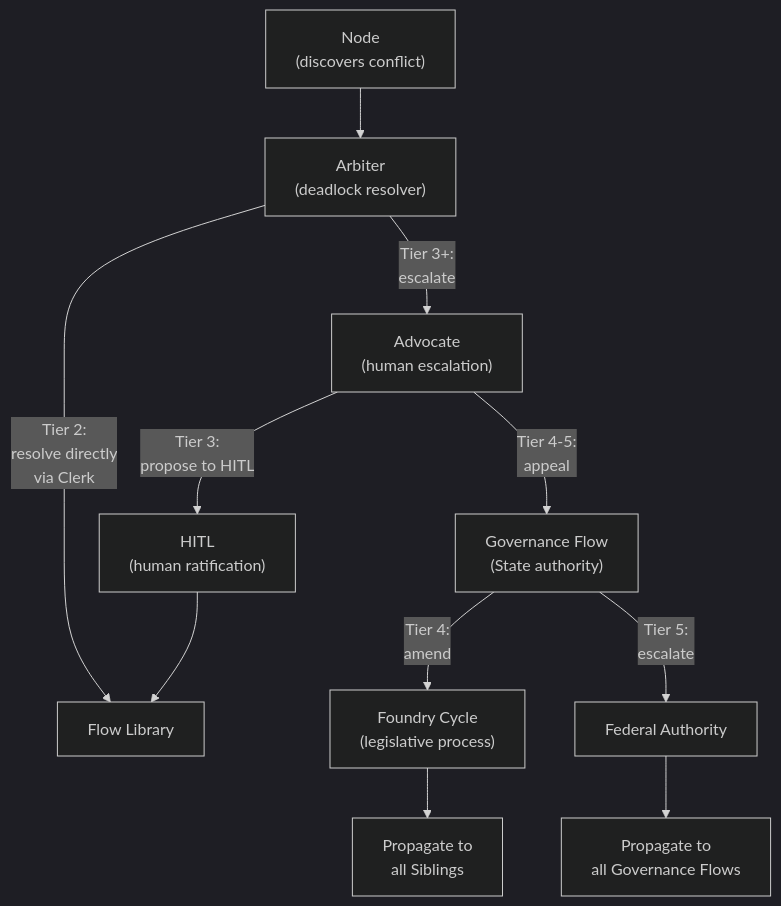
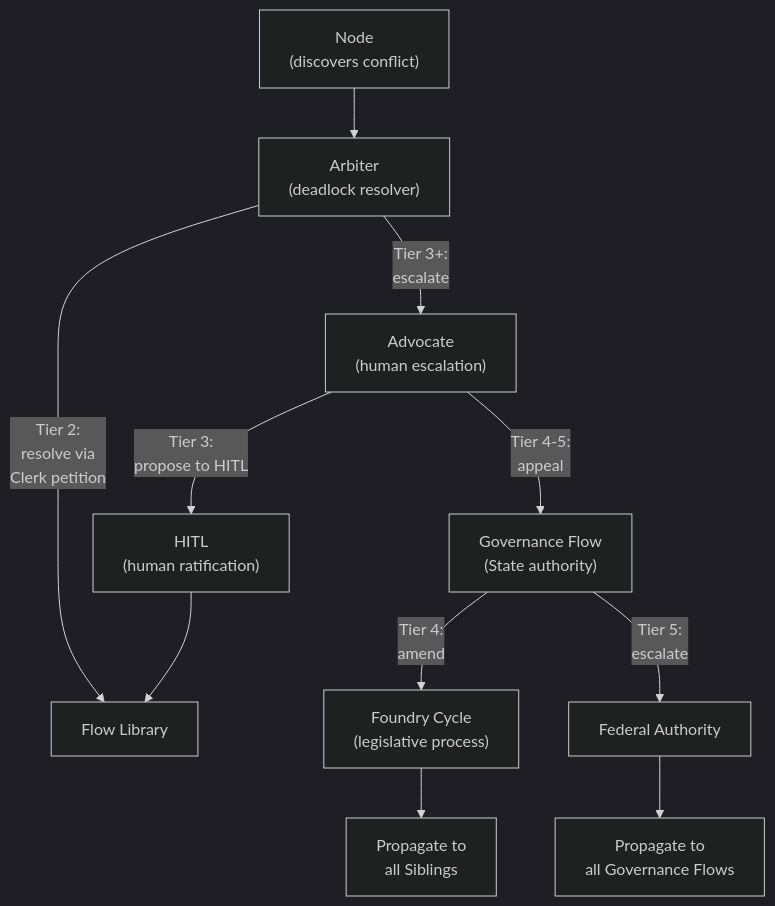
Before and after one commit to really-knows-ai/gideas: the second of 2 diagrams in specs/01-concepts/04-governance.md, drawn with Mermaid (dark theme). The commit also changed other lines of this file and 20 other files, not shown here.

````diff
--- a/specs/01-concepts/04-governance.md
+++ b/specs/01-concepts/04-governance.md
@@ -256,13 +256,13 @@
 ```mermaid
 flowchart TD
     Node["Node<br/>(discovers conflict)"] --> Arbiter["Arbiter<br/>(deadlock resolver)"]
-    Arbiter -->|"Tier 2:<br/>resolve directly<br/>via Clerk"| Library["Flow Library"]
+    Arbiter -->|"Tier 2:<br/>resolve via<br/>Clerk petition"| Library["Flow Library"]
     Arbiter -->|"Tier 3+:<br/>escalate"| Advocate["Advocate<br/>(human escalation)"]
     Advocate -->|"Tier 3:<br/>propose to HITL"| HITL["HITL<br/>(human ratification)"]
     HITL --> Library
     Advocate -->|"Tier 4-5:<br/>appeal"| GovFlow["Governance Flow<br/>(State authority)"]
     GovFlow -->|"Tier 4:<br/>amend"| GovCycle["Foundry Cycle<br/>(legislative process)"]
     GovCycle --> Propagate["Propagate to<br/>all Siblings"]
     GovFlow -->|"Tier 5:<br/>escalate"| Federal["Federal Authority"]
     Federal --> FedPropagate["Propagate to<br/>all Governance Flows"]
 ```
````
